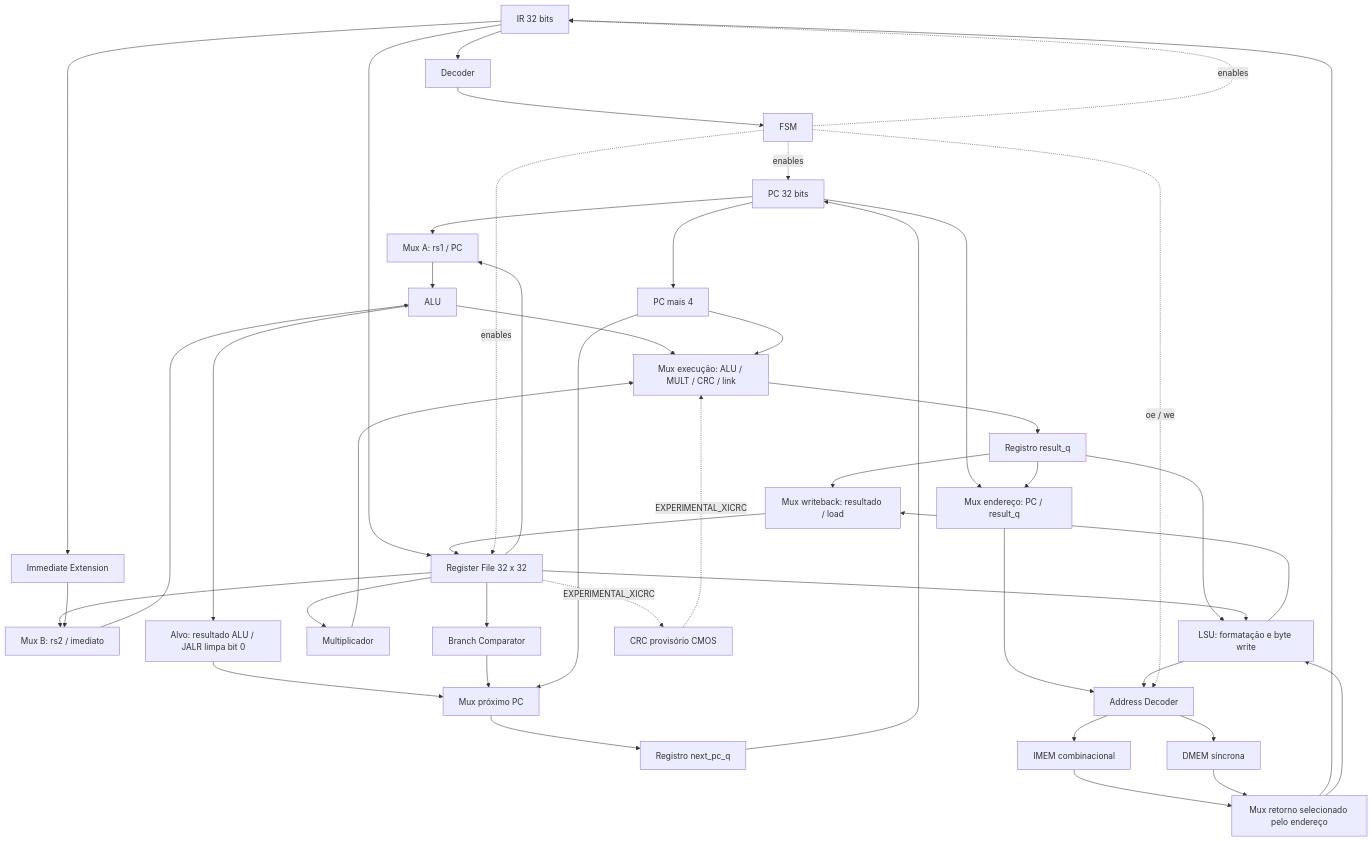
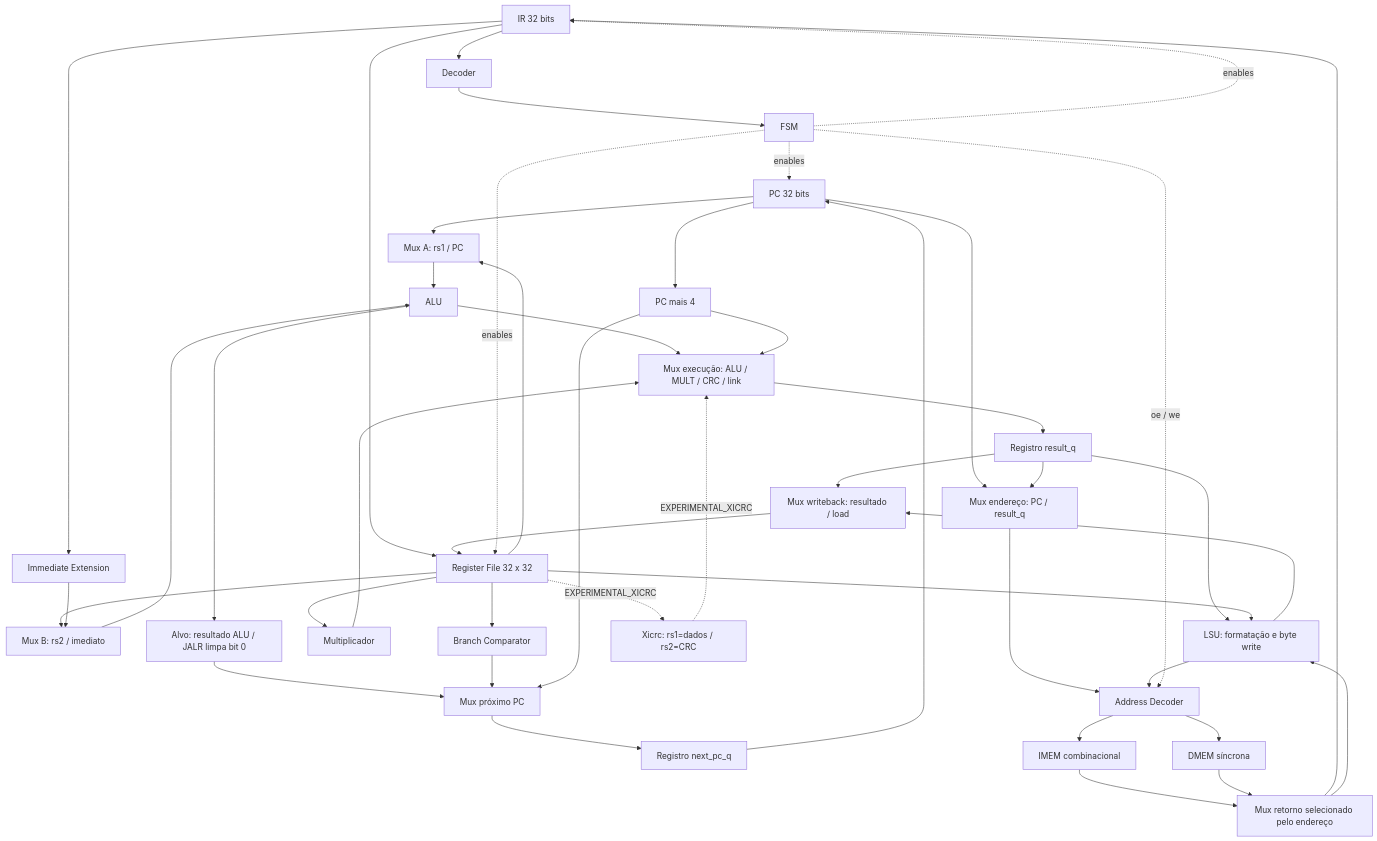
One commit to cmosuea-arch/RV32-multicycle changed the diagram in docs/architecture/block_diagram.md. Above: the diagram before and after it, drawn with Mermaid. The commit also changed other lines of this file and 163 other files, not shown here.

First line of the commit message:
fix(crc): match official Xicrc contract and validate stage 2 firmware

````diff
--- a/docs/architecture/block_diagram.md
+++ b/docs/architecture/block_diagram.md
@@ -10,47 +10,47 @@
 ```mermaid
 flowchart TB
  IR[IR 32 bits] --> DEC[Decoder]
  IR --> IMM[Immediate Extension]
  IR --> RF[Register File 32 x 32]
  DEC --> FSM[FSM]
  RF --> A[Mux A: rs1 / PC]
  RF --> B[Mux B: rs2 / imediato]
  PC[PC 32 bits] --> A
  IMM --> B
  A --> ALU
  B --> ALU
  RF --> BC[Branch Comparator]
  RF --> MULT[Multiplicador]
  PC --> P4[PC mais 4]
  ALU --> TARGET[Alvo: resultado ALU / JALR limpa bit 0]
  TARGET --> NEXT[Mux próximo PC]
  BC --> NEXT
  P4 --> NEXT
  NEXT --> NP[Registro next_pc_q]
  NP --> PC
  ALU --> EXEC[Mux execução: ALU / MULT / CRC / link]
  MULT --> EXEC
  P4 --> EXEC
  EXEC --> RES[Registro result_q]
  RES --> WB[Mux writeback: resultado / load]
  RES --> LSU[LSU: formatação e byte write]
  RF --> LSU
  LSU --> WB
  WB --> RF
  PC --> ADDR[Mux endereço: PC / result_q]
  RES --> ADDR
  ADDR --> AD[Address Decoder]
  LSU --> AD
  AD --> IMEM[IMEM combinacional]
  AD --> DMEM[DMEM síncrona]
  IMEM --> READ[Mux retorno selecionado pelo endereço]
  DMEM --> READ
  READ --> IR
  READ --> LSU
  FSM -. enables .-> PC
  FSM -. enables .-> IR
  FSM -. enables .-> RF
  FSM -. oe / we .-> AD
- RF -. EXPERIMENTAL_XICRC .-> CRC[CRC provisório CMOS]
+ RF -. EXPERIMENTAL_XICRC .-> CRC[Xicrc: rs1=dados / rs2=CRC]
  CRC -. EXPERIMENTAL_XICRC .-> EXEC
 ```
````
